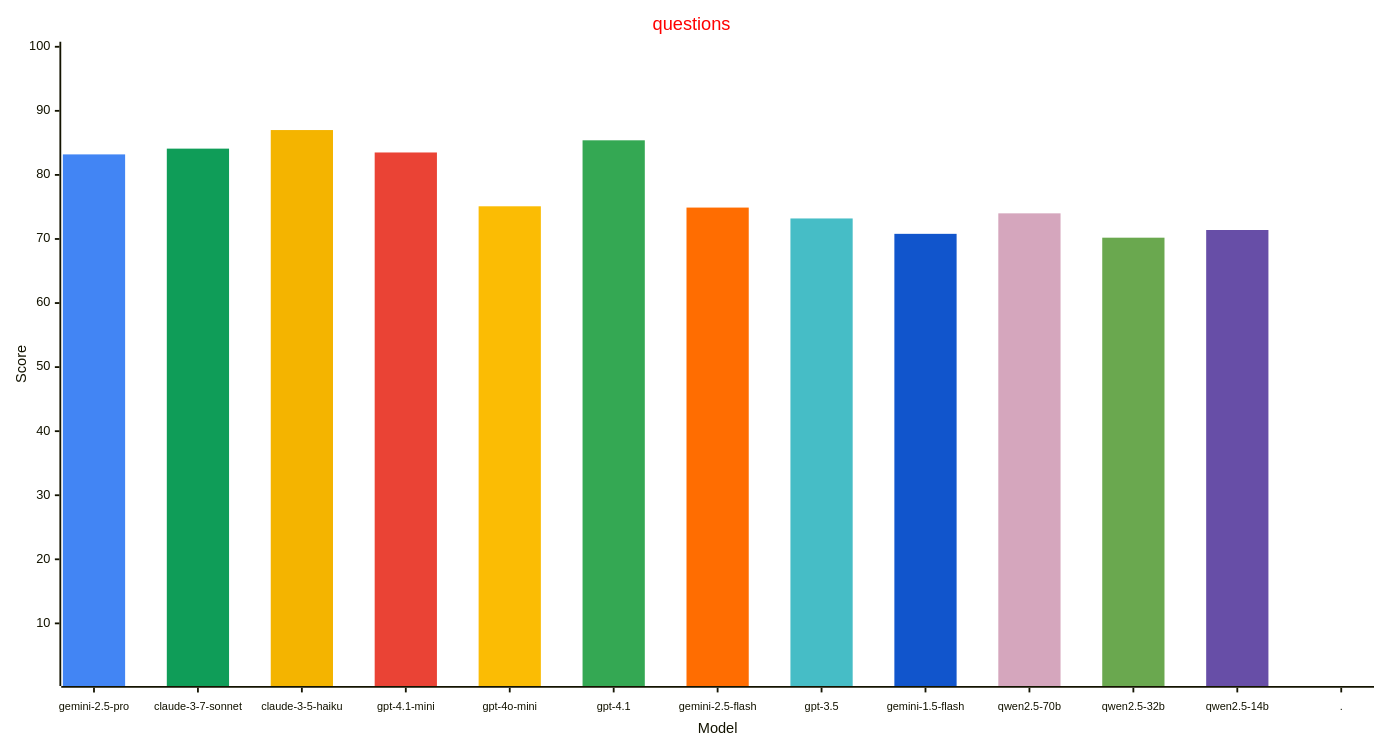
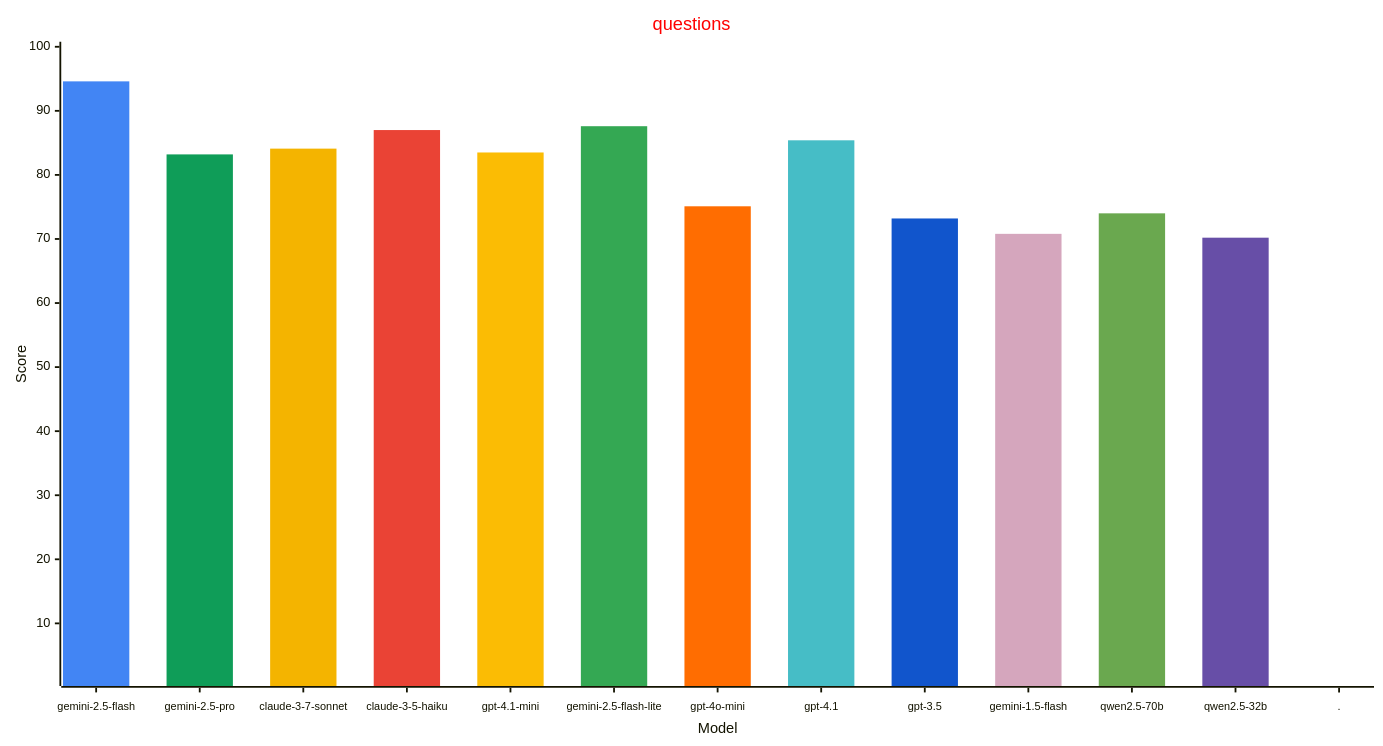
The third of 4 diagrams in reports/README.md (allenporter/home-assistant-datasets), drawn with Mermaid before and after one commit. The commit also changed other lines of this file, not shown here.

````diff
--- a/reports/README.md
+++ b/reports/README.md
@@ -156,33 +158,33 @@
 ```mermaid
 ---
 config:
     xyChart:
         width: 1500
         height: 800
         xAxis:
           labelFontSize: 12
           labelPadding: 8
     themeVariables:
         xyChart:
             titleColor: "#ff0000"
             plotColorPalette: "#4285f4, #0f9d58, #f4b400, #ea4335, #fbbc04, #34a853, #ff6d01, #46bdc6, #1155cc, #d5a6bd, #6aa84f, #674ea7, #4285f4"
 
 ---
 xychart-beta
   title "questions"
-  x-axis "Model" [gemini-2.5-pro, claude-3-7-sonnet, claude-3-5-haiku, gpt-4.1-mini, gpt-4o-mini, gpt-4.1, gemini-2.5-flash, gpt-3.5, gemini-1.5-flash, qwen2.5-70b, qwen2.5-32b, qwen2.5-14b, .]
+  x-axis "Model" [gemini-2.5-flash, gemini-2.5-pro, claude-3-7-sonnet, claude-3-5-haiku, gpt-4.1-mini, gemini-2.5-flash-lite, gpt-4o-mini, gpt-4.1, gpt-3.5, gemini-1.5-flash, qwen2.5-70b, qwen2.5-32b, .]
   y-axis "Score" 1 --> 100
-  bar [83.2, 0.0, 0.0, 0.0, 0.0, 0.0, 0.0, 0.0, 0.0, 0.0, 0.0, 0.0, 0.0]
-  bar [0.0, 84.1, 0.0, 0.0, 0.0, 0.0, 0.0, 0.0, 0.0, 0.0, 0.0, 0.0, 0.0]
-  bar [0.0, 0.0, 87.0, 0.0, 0.0, 0.0, 0.0, 0.0, 0.0, 0.0, 0.0, 0.0, 0.0]
-  bar [0.0, 0.0, 0.0, 83.5, 0.0, 0.0, 0.0, 0.0, 0.0, 0.0, 0.0, 0.0, 0.0]
-  bar [0.0, 0.0, 0.0, 0.0, 75.1, 0.0, 0.0, 0.0, 0.0, 0.0, 0.0, 0.0, 0.0]
-  bar [0.0, 0.0, 0.0, 0.0, 0.0, 85.4, 0.0, 0.0, 0.0, 0.0, 0.0, 0.0, 0.0]
-  bar [0.0, 0.0, 0.0, 0.0, 0.0, 0.0, 74.9, 0.0, 0.0, 0.0, 0.0, 0.0, 0.0]
-  bar [0.0, 0.0, 0.0, 0.0, 0.0, 0.0, 0.0, 73.2, 0.0, 0.0, 0.0, 0.0, 0.0]
-  bar [0.0, 0.0, 0.0, 0.0, 0.0, 0.0, 0.0, 0.0, 70.8, 0.0, 0.0, 0.0, 0.0]
-  bar [0.0, 0.0, 0.0, 0.0, 0.0, 0.0, 0.0, 0.0, 0.0, 74.0, 0.0, 0.0, 0.0]
-  bar [0.0, 0.0, 0.0, 0.0, 0.0, 0.0, 0.0, 0.0, 0.0, 0.0, 70.2, 0.0, 0.0]
-  bar [0.0, 0.0, 0.0, 0.0, 0.0, 0.0, 0.0, 0.0, 0.0, 0.0, 0.0, 71.4, 0.0]
+  bar [94.6, 0.0, 0.0, 0.0, 0.0, 0.0, 0.0, 0.0, 0.0, 0.0, 0.0, 0.0, 0.0]
+  bar [0.0, 83.2, 0.0, 0.0, 0.0, 0.0, 0.0, 0.0, 0.0, 0.0, 0.0, 0.0, 0.0]
+  bar [0.0, 0.0, 84.1, 0.0, 0.0, 0.0, 0.0, 0.0, 0.0, 0.0, 0.0, 0.0, 0.0]
+  bar [0.0, 0.0, 0.0, 87.0, 0.0, 0.0, 0.0, 0.0, 0.0, 0.0, 0.0, 0.0, 0.0]
+  bar [0.0, 0.0, 0.0, 0.0, 83.5, 0.0, 0.0, 0.0, 0.0, 0.0, 0.0, 0.0, 0.0]
+  bar [0.0, 0.0, 0.0, 0.0, 0.0, 87.6, 0.0, 0.0, 0.0, 0.0, 0.0, 0.0, 0.0]
+  bar [0.0, 0.0, 0.0, 0.0, 0.0, 0.0, 75.1, 0.0, 0.0, 0.0, 0.0, 0.0, 0.0]
+  bar [0.0, 0.0, 0.0, 0.0, 0.0, 0.0, 0.0, 85.4, 0.0, 0.0, 0.0, 0.0, 0.0]
+  bar [0.0, 0.0, 0.0, 0.0, 0.0, 0.0, 0.0, 0.0, 73.2, 0.0, 0.0, 0.0, 0.0]
+  bar [0.0, 0.0, 0.0, 0.0, 0.0, 0.0, 0.0, 0.0, 0.0, 70.8, 0.0, 0.0, 0.0]
+  bar [0.0, 0.0, 0.0, 0.0, 0.0, 0.0, 0.0, 0.0, 0.0, 0.0, 74.0, 0.0, 0.0]
+  bar [0.0, 0.0, 0.0, 0.0, 0.0, 0.0, 0.0, 0.0, 0.0, 0.0, 0.0, 70.2, 0.0]
   bar [0.0, 0.0, 0.0, 0.0, 0.0, 0.0, 0.0, 0.0, 0.0, 0.0, 0.0, 0.0, -1.0]
 ```
````
